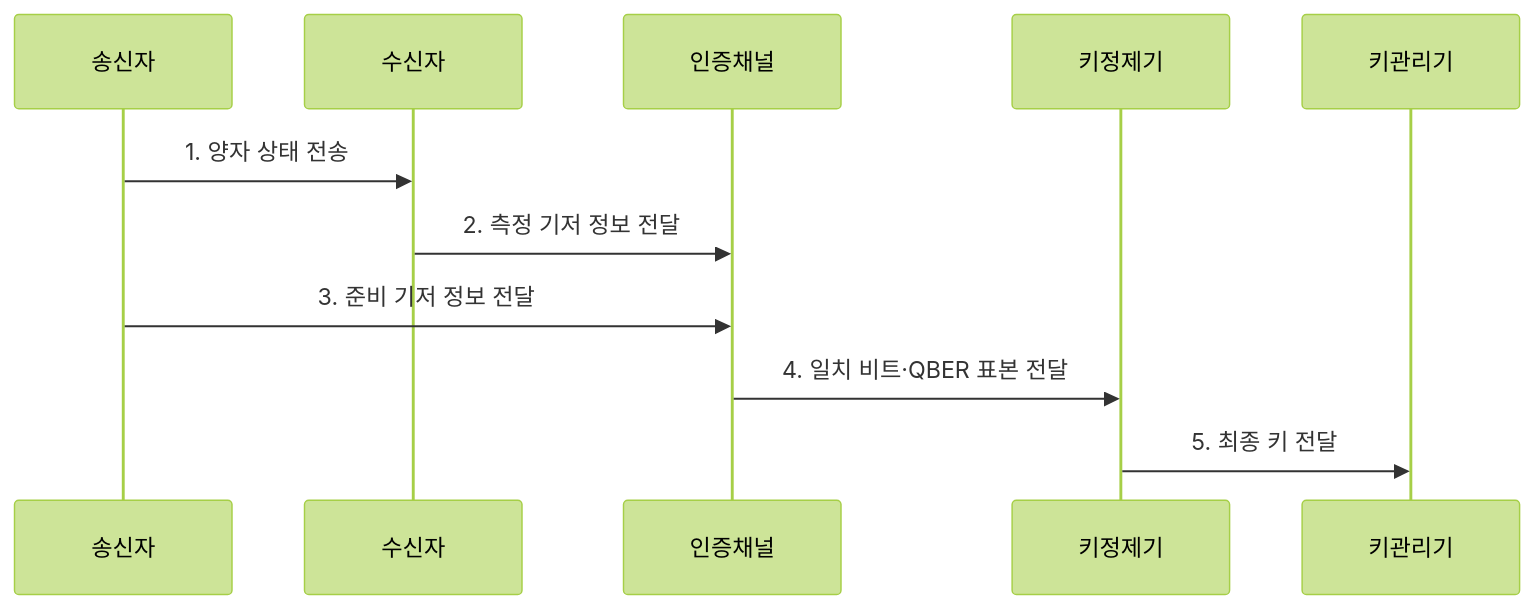
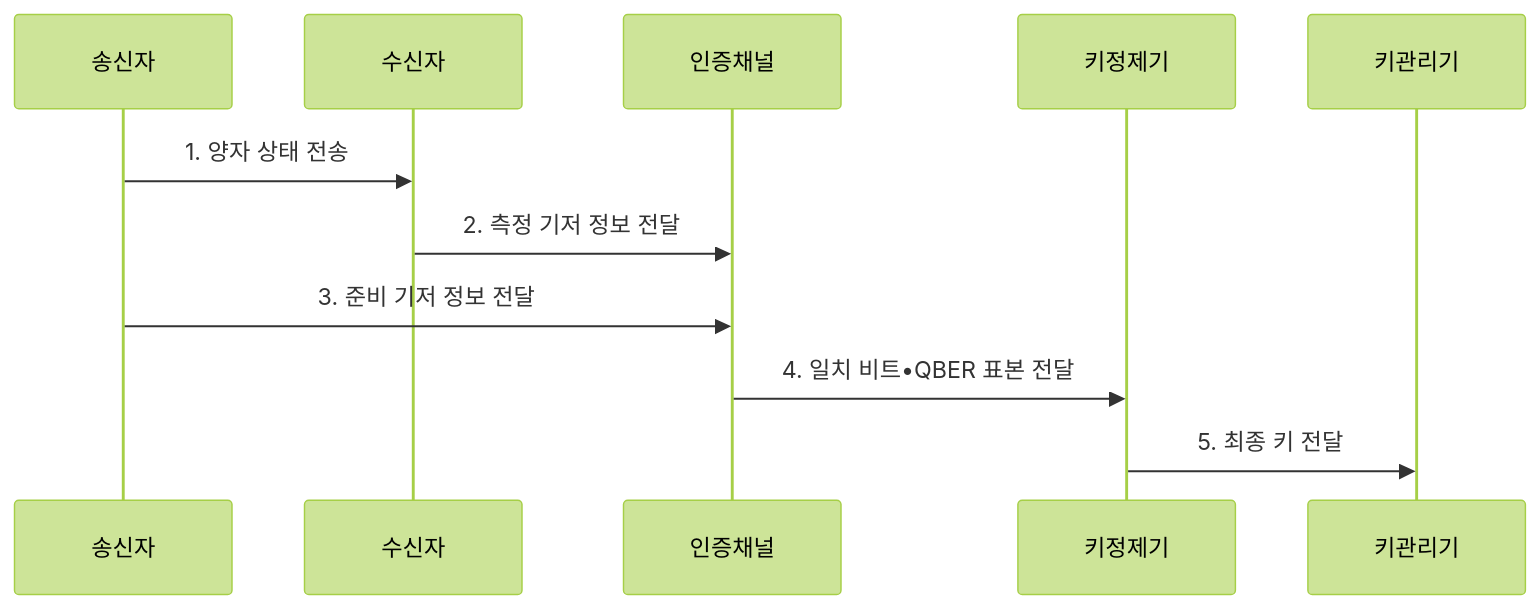
The second of 2 diagrams in src/content/docs/notes/04-network/100_quantum_key_distribution.md (agnusdei1207/knowledge-base), drawn with Mermaid (forest theme) before and after one commit. The commit also changed other lines of this file and 953 other files, not shown here.

````diff
--- a/src/content/docs/notes/04-network/100_quantum_key_distribution.md
+++ b/src/content/docs/notes/04-network/100_quantum_key_distribution.md
@@ -105,13 +105,13 @@
 ```mermaid
 sequenceDiagram
     participant 송신자
     participant 수신자
     participant 인증채널
     participant 키정제기
     participant 키관리기
     송신자->>수신자: 1. 양자 상태 전송
     수신자->>인증채널: 2. 측정 기저 정보 전달
     송신자->>인증채널: 3. 준비 기저 정보 전달
-    인증채널->>키정제기: 4. 일치 비트·QBER 표본 전달
+    인증채널->>키정제기: 4. 일치 비트•QBER 표본 전달
     키정제기->>키관리기: 5. 최종 키 전달
 ```
````
